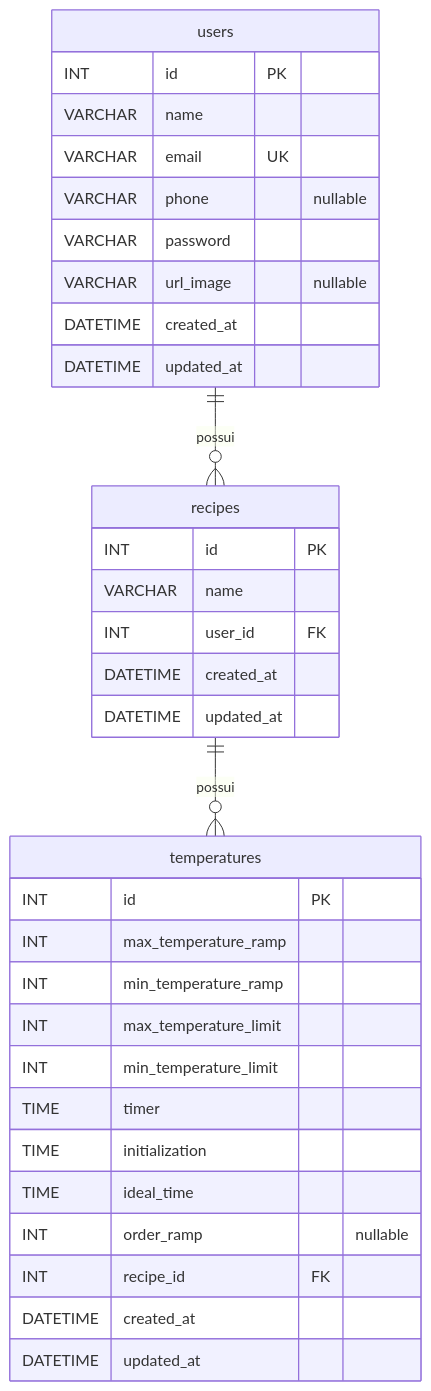
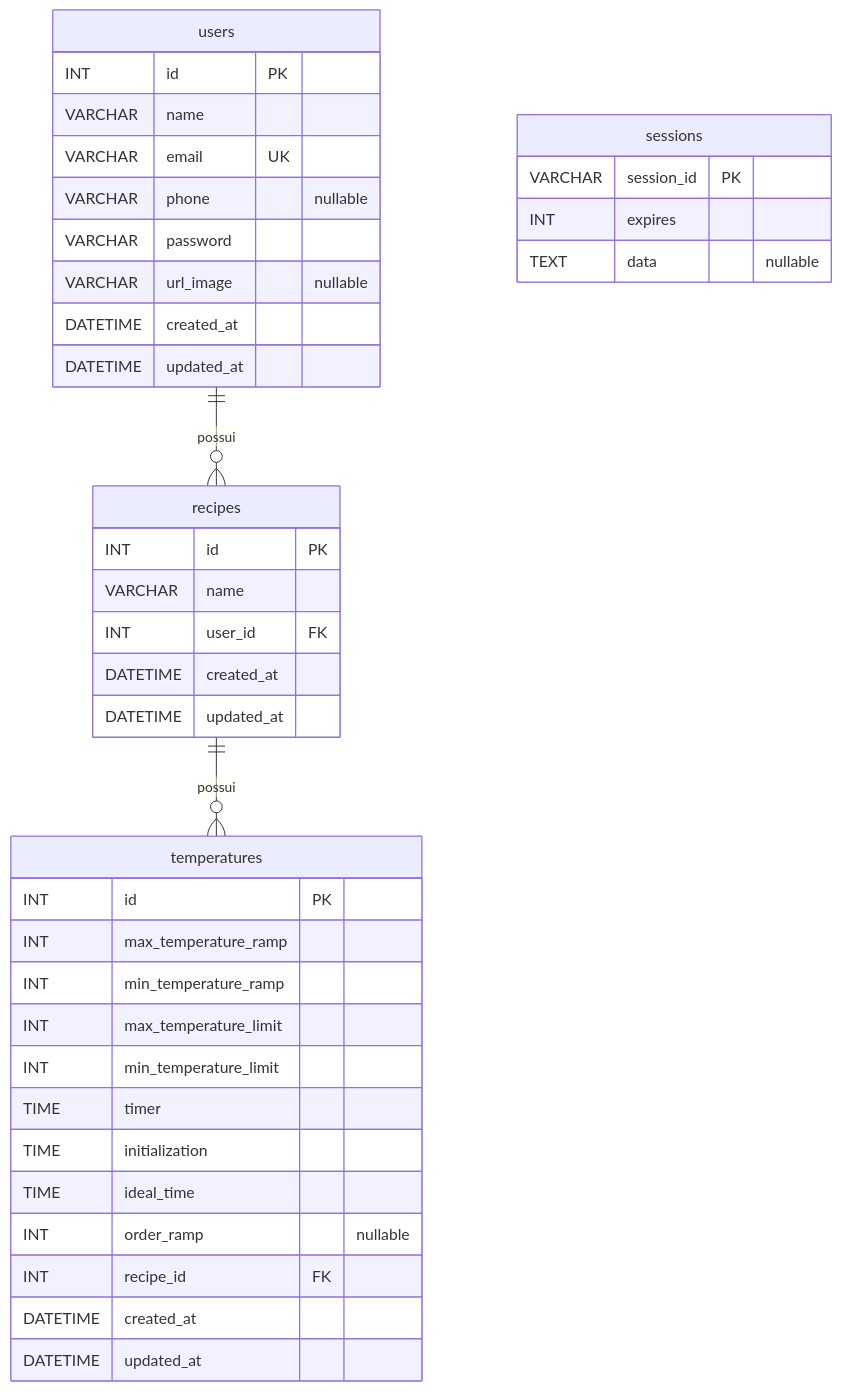
One commit to conloq/database changed the diagram in diagrama_mer_mash.mmd. Above: the diagram before and after it, drawn with Mermaid. The commit also changed 1 other file, not shown here.

Commit message:
docs: incluir a tabela sessions no MER implementado (#87)
A migration 20261024120000-criar-tabela-sessions.js entrou na main do
Back-End em 24/10, depois da última atualização do MER. O desenho passou a
dizer que continha só as tabelas implementadas, enquanto sessions já existia
no schema aplicado.

- diagrama_mer_mash.mmd: bloco sessions com as colunas da migration, sem
  chave estrangeira e sem cardinalidade, por ser armazenamento de sessao
- README.md: MER sincronizado com o arquivo, tabela de infraestrutura
  registrada, contagem de migrations corrigida para quatro e revisão do
  Back-End para 9007fe6
- Colunas de sessions declaradas como vindas da migration, já que a
  observação de banco disponível é de 21/10 e a antecede

```diff
--- a/diagrama_mer_mash.mmd
+++ b/diagrama_mer_mash.mmd
@@ -1,37 +1,44 @@
-%% Atualizado em 24/10/2026 com base nas migrations da main de conloq/Back-End.
+%% Atualizado em 25/10/2026 com base nas migrations da main de conloq/Back-End (9007fe6).
 %% Somente as tabelas implementadas aparecem neste MER.
+%% A tabela sessions e o armazenamento de sessao da aplicacao: nao tem chave estrangeira
+%% e nao e entidade de negocio, mas entra no desenho para que o MER corresponda ao schema aplicado.
 erDiagram
     users ||--o{ recipes : possui
     recipes ||--o{ temperatures : possui
 
     users {
         INT id PK
         VARCHAR name
         VARCHAR email UK
         VARCHAR phone "nullable"
         VARCHAR password
         VARCHAR url_image "nullable"
         DATETIME created_at
         DATETIME updated_at
     }
     recipes {
         INT id PK
         VARCHAR name
         INT user_id FK
         DATETIME created_at
         DATETIME updated_at
     }
     temperatures {
         INT id PK
         INT max_temperature_ramp
         INT min_temperature_ramp
         INT max_temperature_limit
         INT min_temperature_limit
         TIME timer
         TIME initialization
         TIME ideal_time
         INT order_ramp "nullable"
         INT recipe_id FK
         DATETIME created_at
         DATETIME updated_at
     }
+    sessions {
+        VARCHAR session_id PK
+        INT expires
+        TEXT data "nullable"
+    }
```
